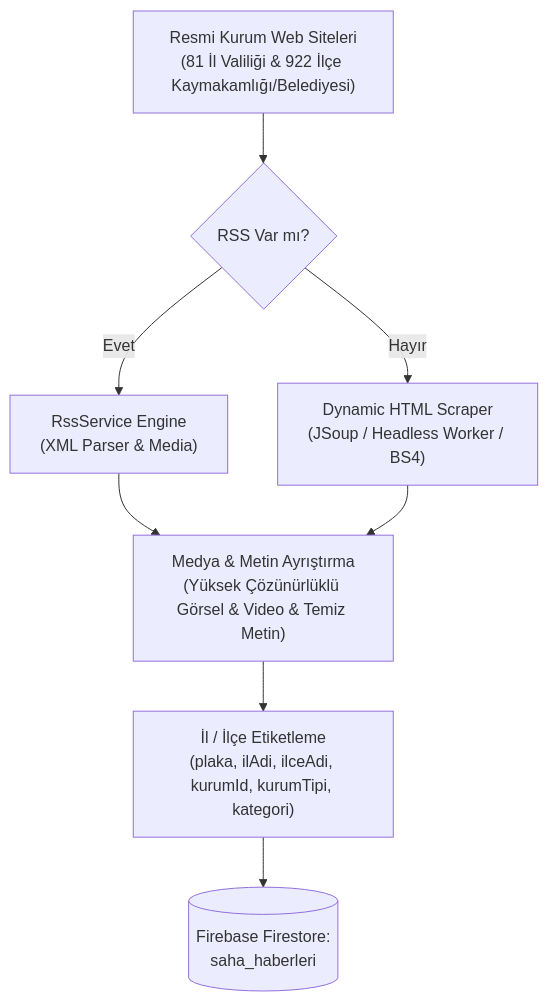
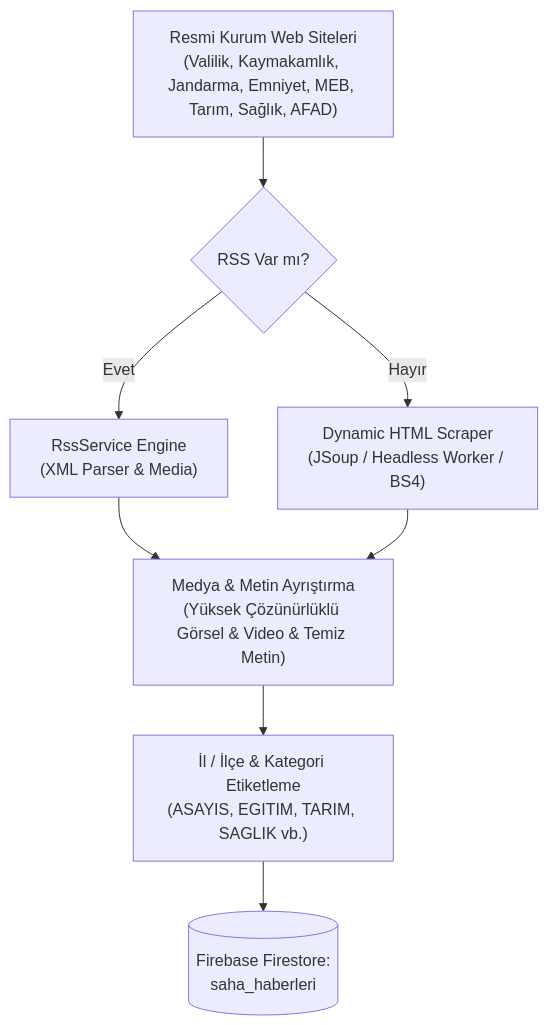
Before and after one commit to novraaii179-tech/novra-saha: the diagram in README.md, drawn with Mermaid. The commit also changed other lines of this file and 3 other files, not shown here.

Commit message:
feat: Jandarma, Emniyet, MEB, Tarim, Saglik, AFAD kurumlari ve zengin kategorizasyon sistemi eklendi

````diff
--- a/README.md
+++ b/README.md
@@ -17,10 +45,10 @@
 ```mermaid
 flowchart TD
-    A["Resmi Kurum Web Siteleri<br/>(81 İl Valiliği & 922 İlçe Kaymakamlığı/Belediyesi)"] --> B{"RSS Var mı?"}
+    A["Resmi Kurum Web Siteleri<br/>(Valilik, Kaymakamlık, Jandarma, Emniyet, MEB, Tarım, Sağlık, AFAD)"] --> B{"RSS Var mı?"}
     B -- "Evet" --> C["RssService Engine<br/>(XML Parser & Media)"]
     B -- "Hayır" --> D["Dynamic HTML Scraper<br/>(JSoup / Headless Worker / BS4)"]
     C --> E["Medya & Metin Ayrıştırma<br/>(Yüksek Çözünürlüklü Görsel & Video & Temiz Metin)"]
     D --> E
-    E --> F["İl / İlçe Etiketleme<br/>(plaka, ilAdi, ilceAdi, kurumId, kurumTipi, kategori)"]
+    E --> F["İl / İlçe & Kategori Etiketleme<br/>(ASAYIS, EGITIM, TARIM, SAGLIK vb.)"]
     F --> G[("Firebase Firestore:<br/>saha_haberleri")]
 ```
````
